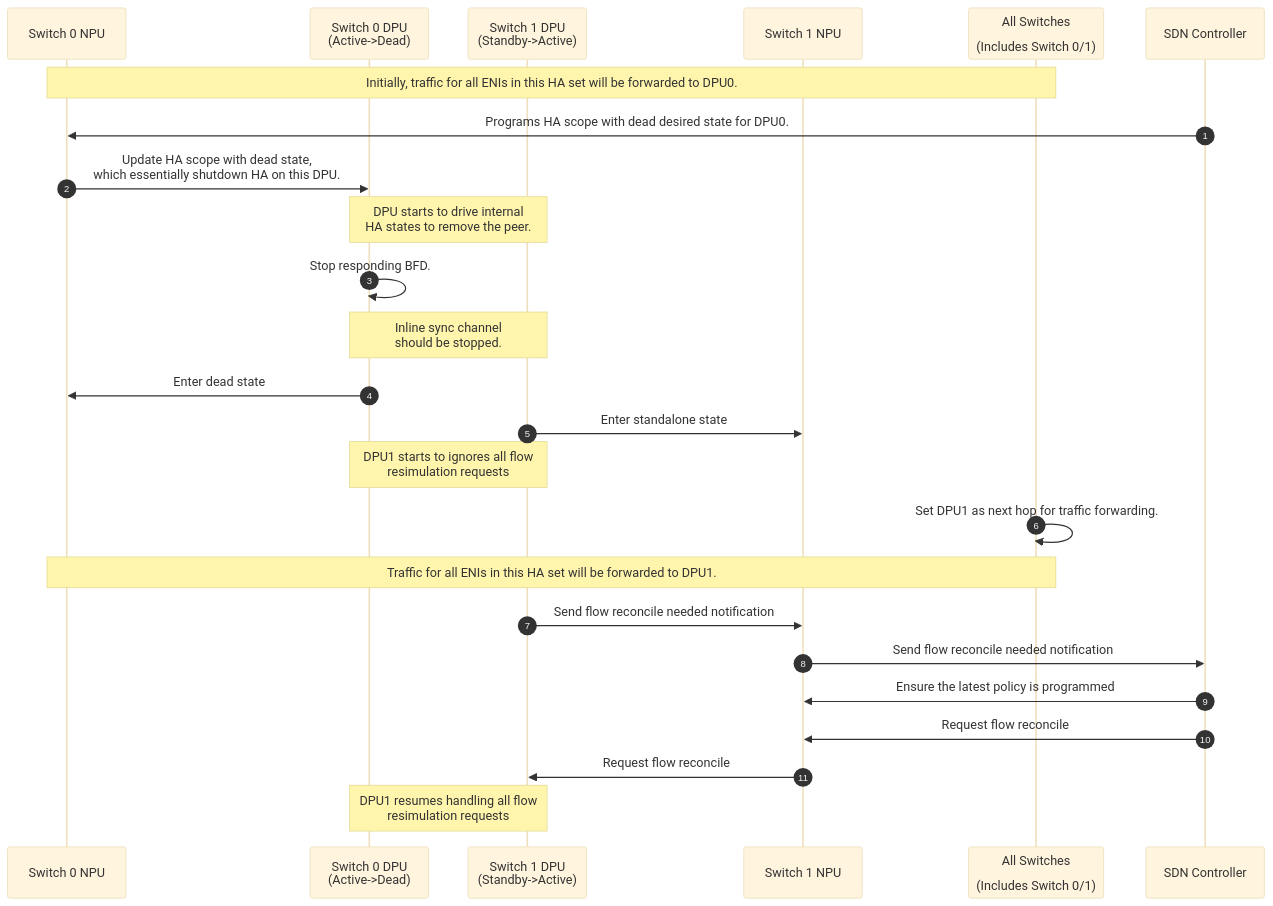
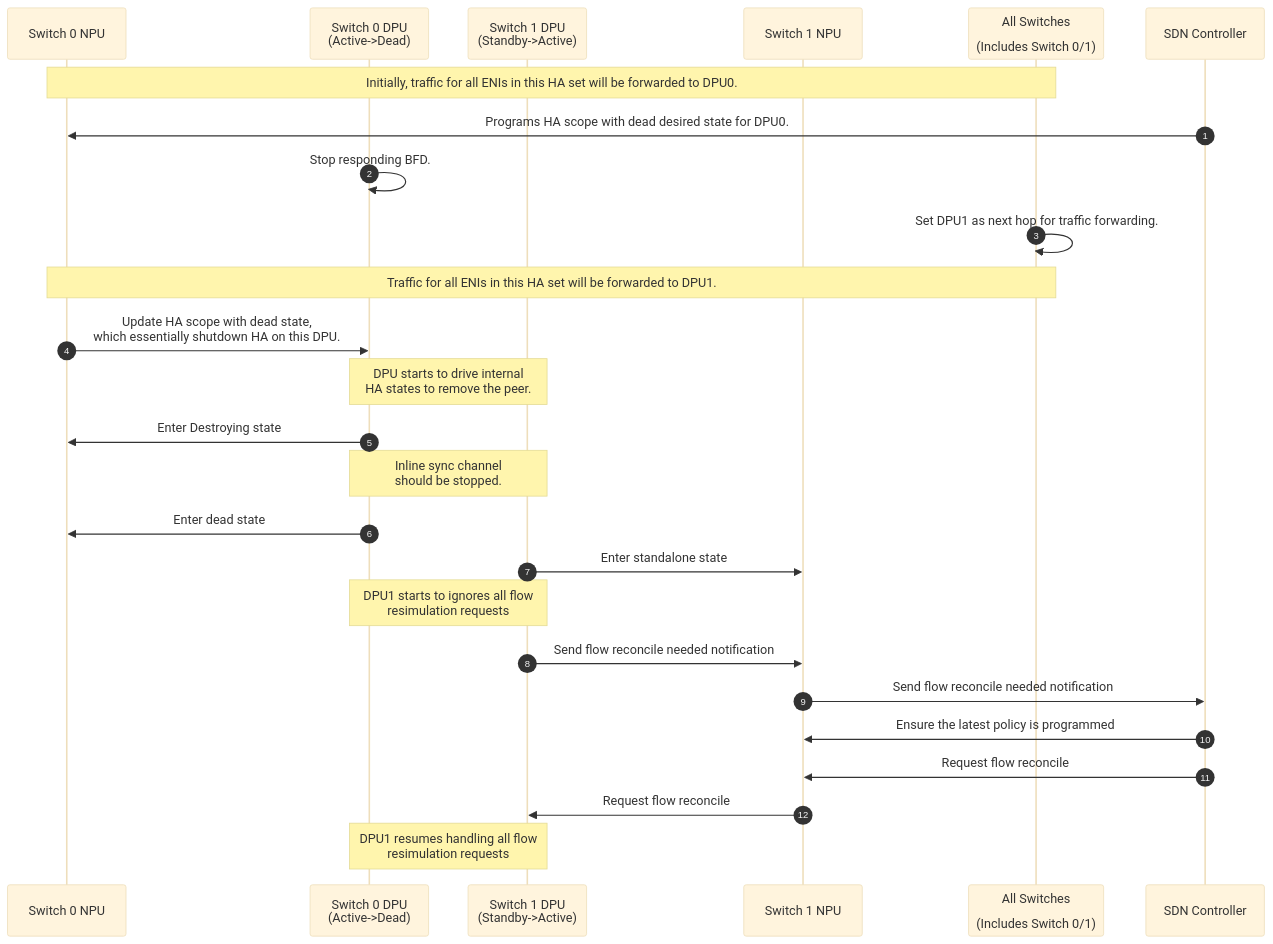
One commit to sonic-net/SONiC changed the third of 4 diagrams in doc/smart-switch/high-availability/smart-switch-ha-dpu-scope-dpu-driven-setup.md. Above: the diagram before and after it, drawn with Mermaid (base theme). The commit also changed other lines of this file and 1 other file, not shown here.

Commit message:
Improve HA state, activate role and fix the BFD responder workflow for DPU-driven HA.

````diff
--- a/doc/smart-switch/high-availability/smart-switch-ha-dpu-scope-dpu-driven-setup.md
+++ b/doc/smart-switch/high-availability/smart-switch-ha-dpu-scope-dpu-driven-setup.md
@@ -278,34 +303,36 @@
 ```mermaid
 sequenceDiagram
    autonumber
 
    participant S0N as Switch 0 NPU
    participant S0D as Switch 0 DPU<br>(Active->Dead)
    participant S1D as Switch 1 DPU<br>(Standby->Active)
    participant S1N as Switch 1 NPU
    participant SA as All Switches<br><br>(Includes Switch 0/1)
    participant SDN as SDN Controller
 
    Note over S0N,SA: Initially, traffic for all ENIs in this HA set will be forwarded to DPU0.
 
    SDN->>S0N: Programs HA scope with dead desired state for DPU0.
+
+   S0D->>S0D: Stop responding BFD.
+   SA->>SA: Set DPU1 as next hop for traffic forwarding.
+   Note over S0N,SA: Traffic for all ENIs in this HA set will be forwarded to DPU1.
+
    S0N->>S0D: Update HA scope with dead state,<br>which essentially shutdown HA on this DPU.
 
    Note over S0D,S1D: DPU starts to drive internal<br>HA states to remove the peer.
-   S0D->>S0D: Stop responding BFD.
+   S0D->>S0N: Enter Destroying state
    Note over S0D,S1D: Inline sync channel<br>should be stopped.
 
    S0D->>S0N: Enter dead state
    S1D->>S1N: Enter standalone state
    Note over S0D,S1D: DPU1 starts to ignores all flow<br>resimulation requests
-
-   SA->>SA: Set DPU1 as next hop for traffic forwarding.
-   Note over S0N,SA: Traffic for all ENIs in this HA set will be forwarded to DPU1.
 
    S1D->>S1N: Send flow reconcile needed notification
    S1N->>SDN: Send flow reconcile needed notification
    SDN->>S1N: Ensure the latest policy is programmed
    SDN->>S1N: Request flow reconcile
    S1N->>S1D: Request flow reconcile
    Note over S0D,S1D: DPU1 resumes handling all flow<br>resimulation requests
 ```
````
